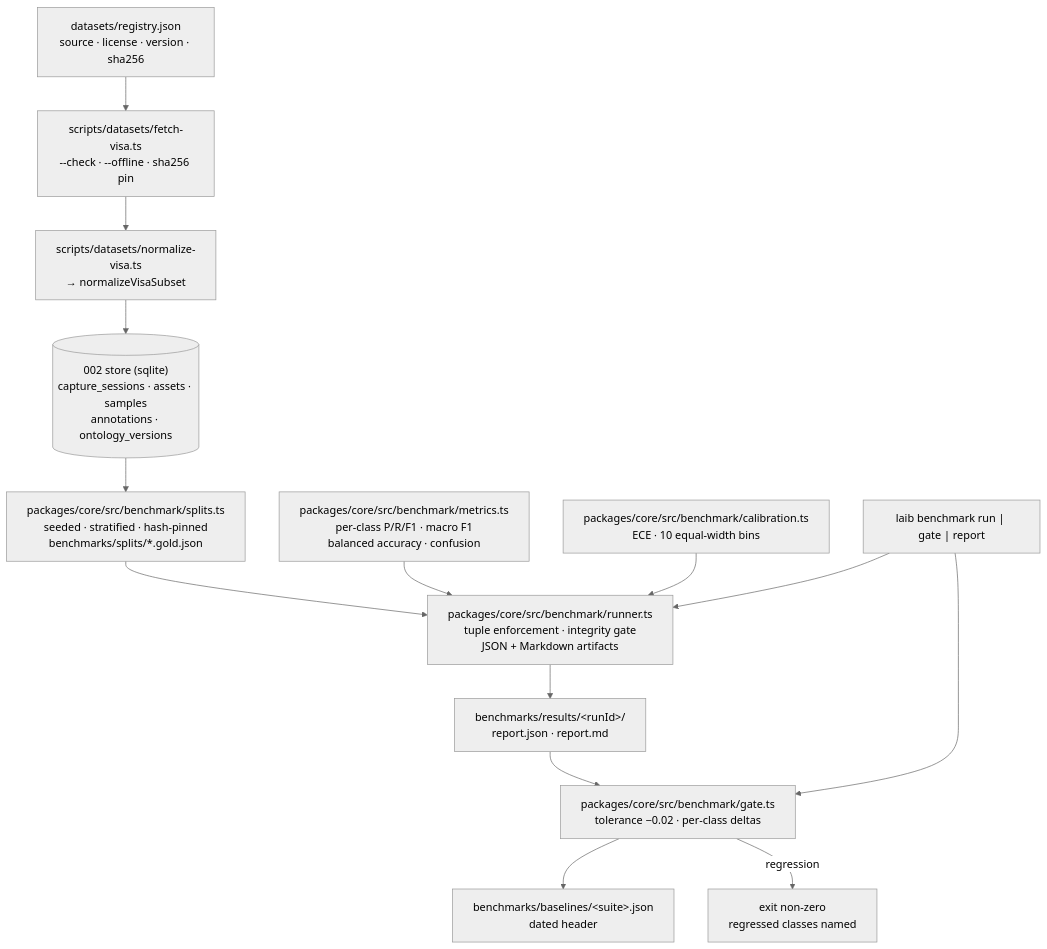
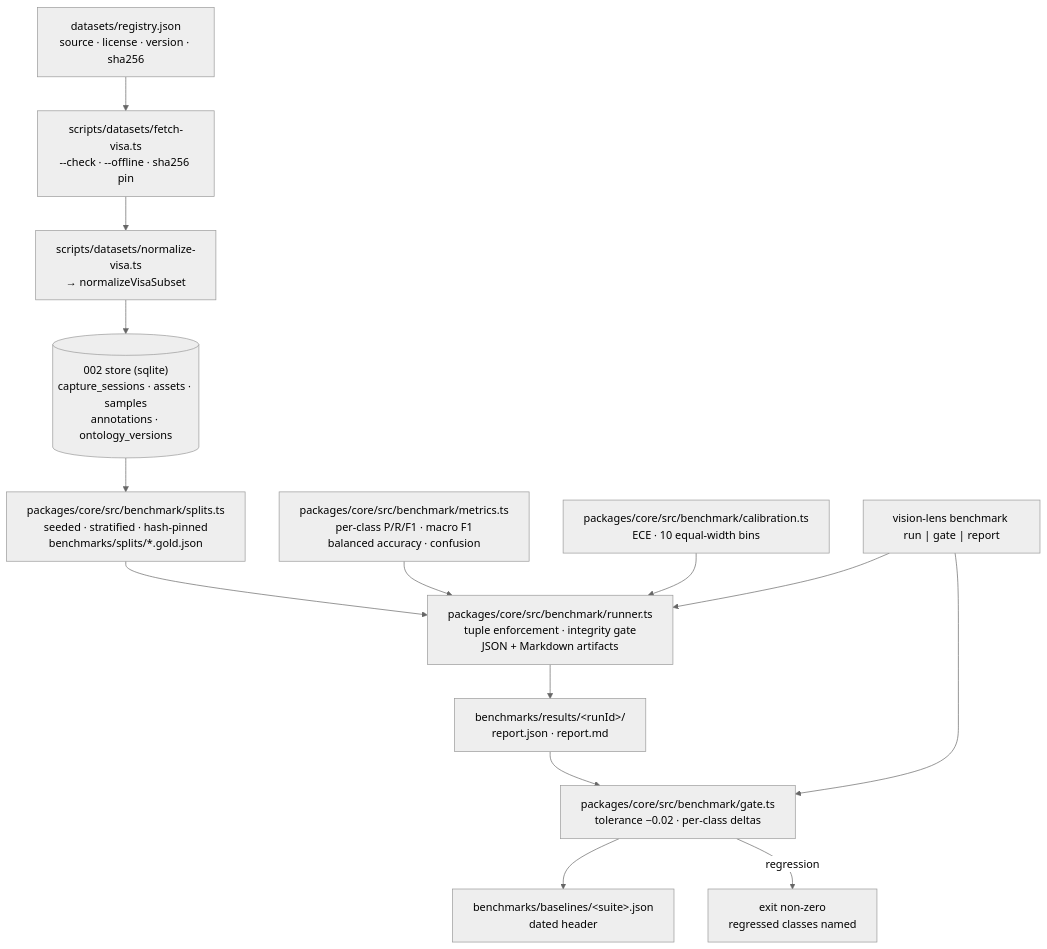
Before and after one commit to erikunha/LAIbemage: the first of 2 diagrams in docs/architecture/benchmark.md, drawn with Mermaid (neutral theme). The commit also changed other lines of this file and 23 other files, not shown here.

First line of the commit message:
docs(repo): rename the documentation to vision-lens

````diff
--- a/docs/architecture/benchmark.md
+++ b/docs/architecture/benchmark.md
@@ -25,26 +25,26 @@
 ```mermaid
 flowchart TD
     REG["datasets/registry.json<br/>source · license · version · sha256"]
     FETCH["scripts/datasets/fetch-visa.ts<br/>--check · --offline · sha256 pin"]
     NORM["scripts/datasets/normalize-visa.ts<br/>→ normalizeVisaSubset"]
     STORE[("002 store (sqlite)<br/>capture_sessions · assets · samples<br/>annotations · ontology_versions")]
     SPLIT["packages/core/src/benchmark/splits.ts<br/>seeded · stratified · hash-pinned<br/>benchmarks/splits/*.gold.json"]
     METRICS["packages/core/src/benchmark/metrics.ts<br/>per-class P/R/F1 · macro F1<br/>balanced accuracy · confusion"]
     CALIB["packages/core/src/benchmark/calibration.ts<br/>ECE · 10 equal-width bins"]
     RUNNER["packages/core/src/benchmark/runner.ts<br/>tuple enforcement · integrity gate<br/>JSON + Markdown artifacts"]
     GATE["packages/core/src/benchmark/gate.ts<br/>tolerance −0.02 · per-class deltas"]
-    CLI["laib benchmark run | gate | report"]
+    CLI["vision-lens benchmark run | gate | report"]
     ART["benchmarks/results/&lt;runId&gt;/<br/>report.json · report.md"]
     BASE["benchmarks/baselines/&lt;suite&gt;.json<br/>dated header"]
 
     REG --> FETCH --> NORM --> STORE --> SPLIT
     SPLIT --> RUNNER
     METRICS --> RUNNER
     CALIB --> RUNNER
     RUNNER --> ART
     CLI --> RUNNER
     CLI --> GATE
     ART --> GATE
     GATE --> BASE
     GATE -- "regression" --> FAIL["exit non-zero<br/>regressed classes named"]
 ```
````
